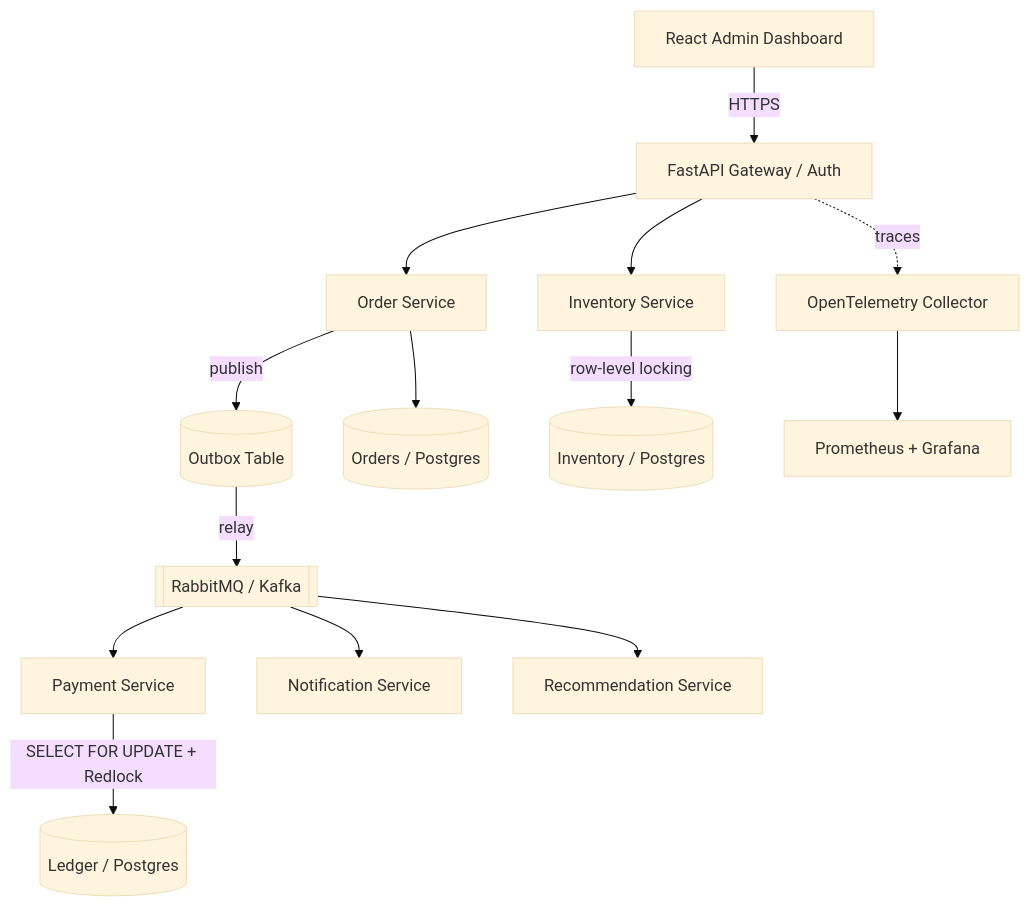
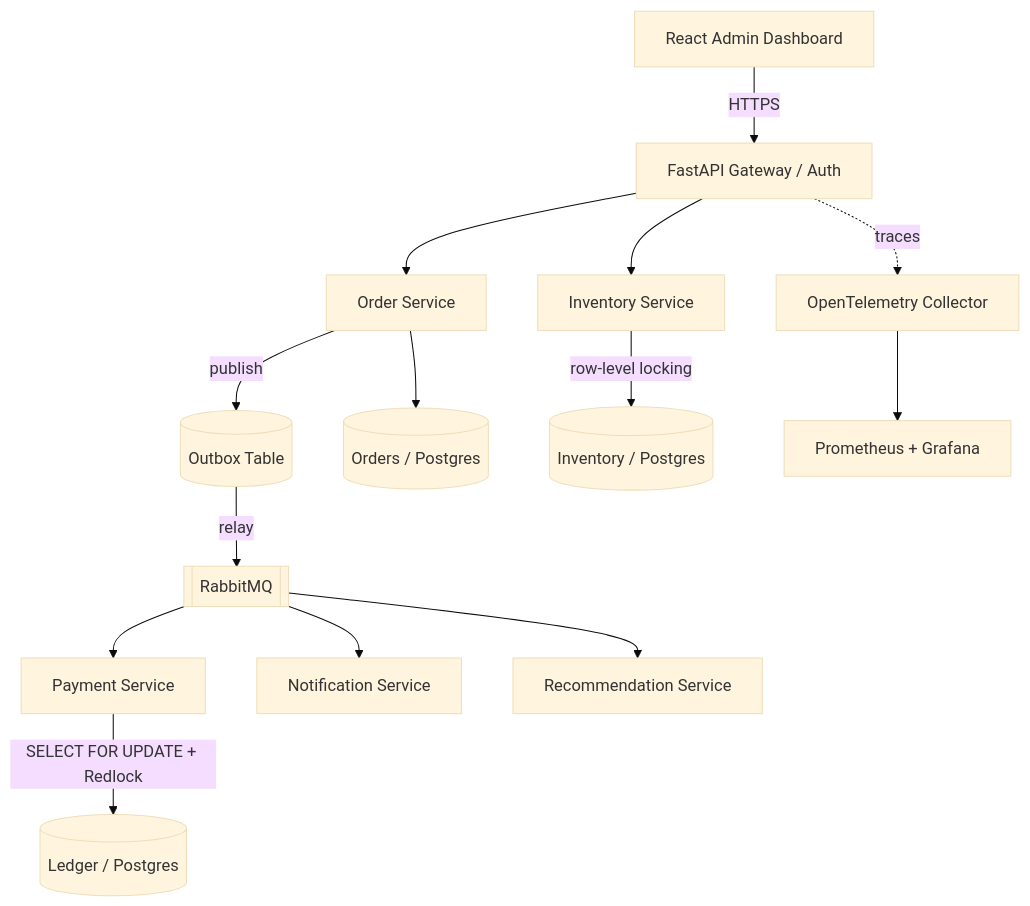
Before and after one commit to koushikrams29/distributed-commerce-payments-engine: the diagram in README.md, drawn with Mermaid (base theme). The commit also changed other lines of this file and 2 other files, not shown here.

````diff
--- a/README.md
+++ b/README.md
@@ -15,16 +18,16 @@
 ```mermaid
 graph TD
     Client[React Admin Dashboard] -->|HTTPS| Gateway[FastAPI Gateway / Auth]
     Gateway --> OrderSvc[Order Service]
     Gateway --> InventorySvc[Inventory Service]
     OrderSvc -->|publish| Outbox[(Outbox Table)]
-    Outbox -->|relay| Broker[[RabbitMQ / Kafka]]
+    Outbox -->|relay| Broker[[RabbitMQ]]
     Broker --> PaymentSvc[Payment Service]
     Broker --> NotificationSvc[Notification Service]
     Broker --> RecoSvc[Recommendation Service]
     PaymentSvc -->|SELECT FOR UPDATE + Redlock| Ledger[(Ledger / Postgres)]
     InventorySvc -->|row-level locking| InvDB[(Inventory / Postgres)]
     OrderSvc --> OrderDB[(Orders / Postgres)]
     Gateway -. traces .-> OTel[OpenTelemetry Collector]
     OTel --> Grafana[Prometheus + Grafana]
 ```
````
